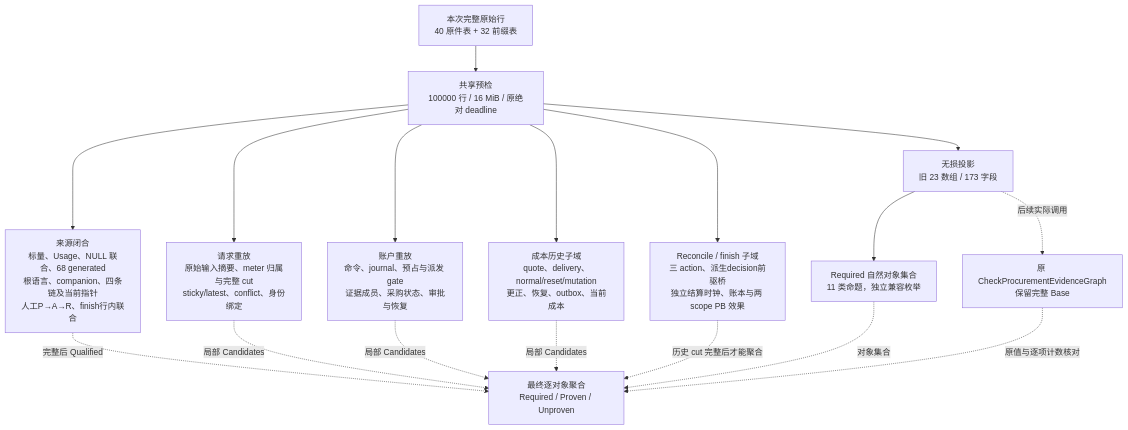
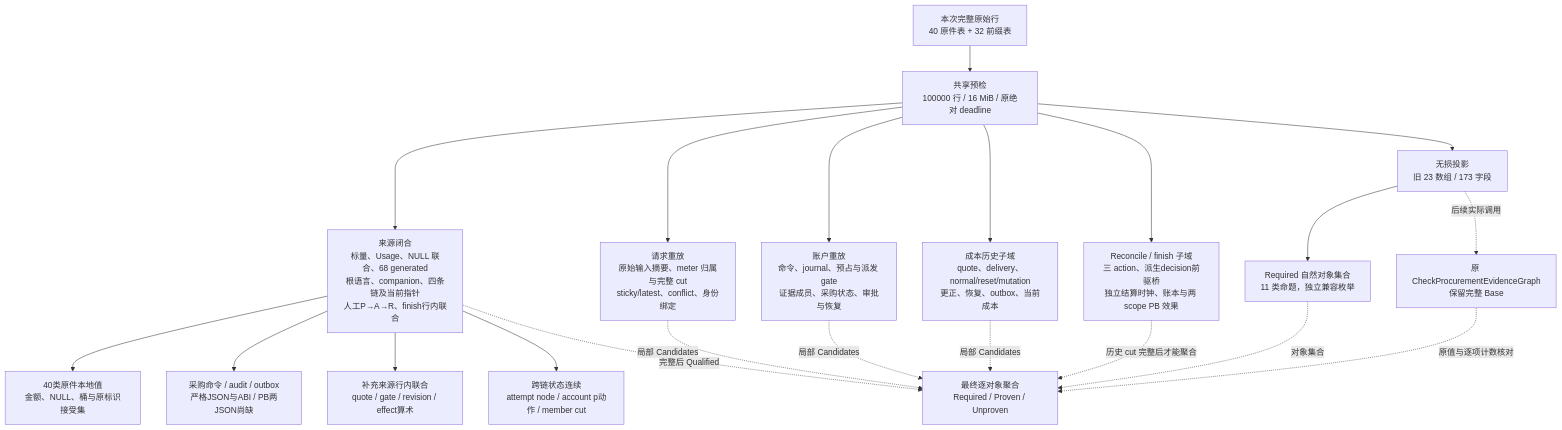
One commit to workhold/moni-aigate changed the diagram in docs/architecture/procurement-replay.md. Above: the diagram before and after it, drawn with Mermaid. The commit also changed other lines of this file and 22 other files, not shown here.

Commit message:
feat: validate procurement source payloads and continuity

````diff
--- a/docs/architecture/procurement-replay.md
+++ b/docs/architecture/procurement-replay.md
@@ -7,19 +7,23 @@
 ```mermaid
 flowchart TD
     Raw[本次完整原始行\n40 原件表 + 32 前缀表] --> Budget[共享预检\n100000 行 / 16 MiB / 原绝对 deadline]
     Budget --> Source[来源闭合\n标量、Usage、NULL 联合、68 generated\n根语言、companion、四条链及当前指针\n人工P→A→R、finish行内联合]
+    Source --> OriginalLocal[40类原件本地值\n金额、NULL、桶与原标识接受集]
+    Source --> PayloadLocal[采购命令 / audit / outbox\n严格JSON与ABI / PB两JSON尚缺]
+    Source --> BusinessLocal[补充来源行内联合\nquote / gate / revision / effect算术]
+    Source --> Continuity[跨链状态连续\nattempt node / account p动作 / member cut]
     Budget --> Request[请求重放\n原始输入摘要、meter 归属与完整 cut\nsticky/latest、conflict、身份绑定]
     Budget --> Account[账户重放\n命令、journal、预占与派发 gate\n证据成员、采购状态、审批与恢复]
     Budget --> Project[无损投影\n旧 23 数组 / 173 字段]
     Project --> Required[Required 自然对象集合\n11 类命题，独立兼容枚举]
     Budget --> Cost[成本历史子域\nquote、delivery、normal/reset/mutation\n更正、恢复、outbox、当前成本]
     Budget --> Finish[Reconcile / finish 子域\n三 action、派生decision前驱桥\n独立结算时钟、账本与两 scope PB 效果]
     Project -. 后续实际调用 .-> Base[原 CheckProcurementEvidenceGraph\n保留完整 Base]
     Source -. 完整后 Qualified .-> Aggregate[最终逐对象聚合\nRequired / Proven / Unproven]
     Request -. 局部 Candidates .-> Aggregate
     Account -. 局部 Candidates .-> Aggregate
     Cost -. 局部 Candidates .-> Aggregate
     Finish -. 历史 cut 完整后才能聚合 .-> Aggregate
     Required -. 对象集合 .-> Aggregate
     Base -. 原值与逐项计数核对 .-> Aggregate
 ```
````
